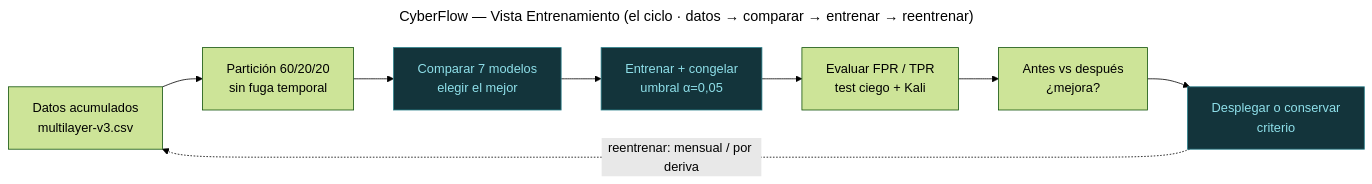
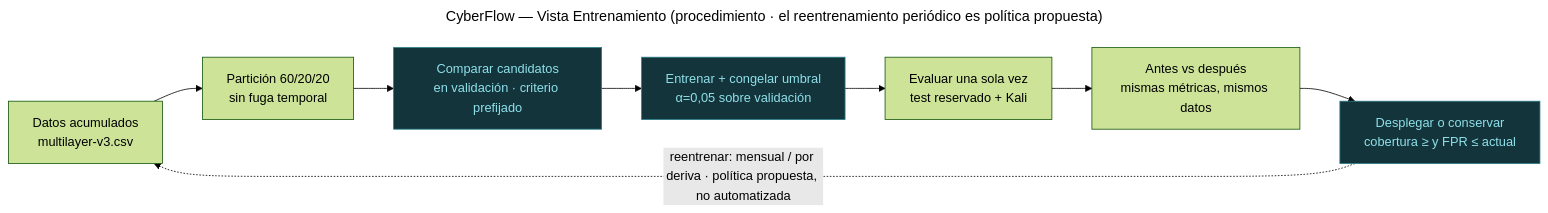
Before and after one commit to marksato13/VF-PPI-TESIS-ORQUESTACION: the diagram in 02-metodologia/diagramas-vistas-gui/03-entrenamiento.mmd, drawn with Mermaid (forest theme). The commit also changed 4 other files, not shown here.

Commit message:
Diagramas: seleccion en validacion con criterio prefijado, test reservado y reentrenamiento como politica propuesta

```diff
--- a/02-metodologia/diagramas-vistas-gui/03-entrenamiento.mmd
+++ b/02-metodologia/diagramas-vistas-gui/03-entrenamiento.mmd
@@ -1,17 +1,17 @@
 ---
-title: CyberFlow — Vista Entrenamiento (el ciclo · datos → comparar → entrenar → reentrenar)
+title: CyberFlow — Vista Entrenamiento (procedimiento · el reentrenamiento periódico es política propuesta)
 ---
 flowchart LR
   e_datos["Datos acumulados<br/>multilayer-v3.csv"]
   e_part["Partición 60/20/20<br/>sin fuga temporal"]
-  e_comp["Comparar 7 modelos<br/>elegir el mejor"]
-  e_train["Entrenar + congelar<br/>umbral α=0,05"]
-  e_eval["Evaluar FPR / TPR<br/>test ciego + Kali"]
-  e_antes["Antes vs después<br/>¿mejora?"]
-  e_dec["Desplegar o conservar<br/>criterio"]
+  e_comp["Comparar candidatos<br/>en validación · criterio prefijado"]
+  e_train["Entrenar + congelar umbral<br/>α=0,05 sobre validación"]
+  e_eval["Evaluar una sola vez<br/>test reservado + Kali"]
+  e_antes["Antes vs después<br/>mismas métricas, mismos datos"]
+  e_dec["Desplegar o conservar<br/>cobertura ≥ y FPR ≤ actual"]
 
   e_datos --> e_part --> e_comp --> e_train --> e_eval --> e_antes --> e_dec
-  e_dec -. "reentrenar: mensual / por deriva" .-> e_datos
+  e_dec -. "reentrenar: mensual / por deriva · política propuesta, no automatizada" .-> e_datos
 
   classDef accent fill:#13343b,stroke:#2a7f8a,color:#8fe0ea;
   class e_comp,e_train,e_dec accent;
```
